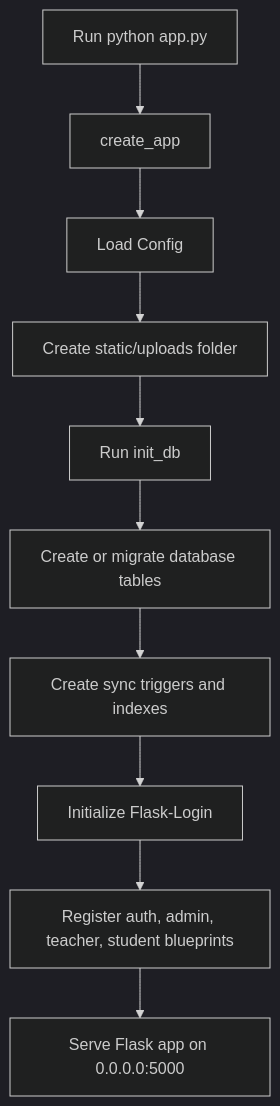
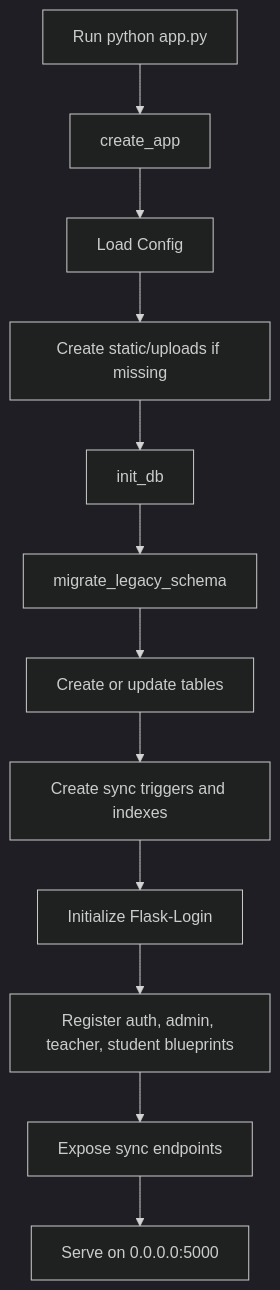
One commit to Belete-Dereje/Distribute changed the third of 8 diagrams in assignment-system/README.md. Above: the diagram before and after it, drawn with Mermaid (dark theme). The commit also changed other lines of this file and 2 other files, not shown here.

````diff
--- a/assignment-system/README.md
+++ b/assignment-system/README.md
@@ -141,12 +246,14 @@
 ```mermaid
 flowchart TD
     A[Run python app.py] --> B[create_app]
     B --> C[Load Config]
-    C --> D[Create static/uploads folder]
-    D --> E[Run init_db]
-    E --> F[Create or migrate database tables]
-    F --> G[Create sync triggers and indexes]
-    G --> H[Initialize Flask-Login]
-    H --> I[Register auth, admin, teacher, student blueprints]
-    I --> J[Serve Flask app on 0.0.0.0:5000]
+    C --> D[Create static/uploads if missing]
+    D --> E[init_db]
+    E --> F[migrate_legacy_schema]
+    F --> G[Create or update tables]
+    G --> H[Create sync triggers and indexes]
+    H --> I[Initialize Flask-Login]
+    I --> J[Register auth, admin, teacher, student blueprints]
+    J --> K[Expose sync endpoints]
+    K --> L[Serve on 0.0.0.0:5000]
 ```
````
